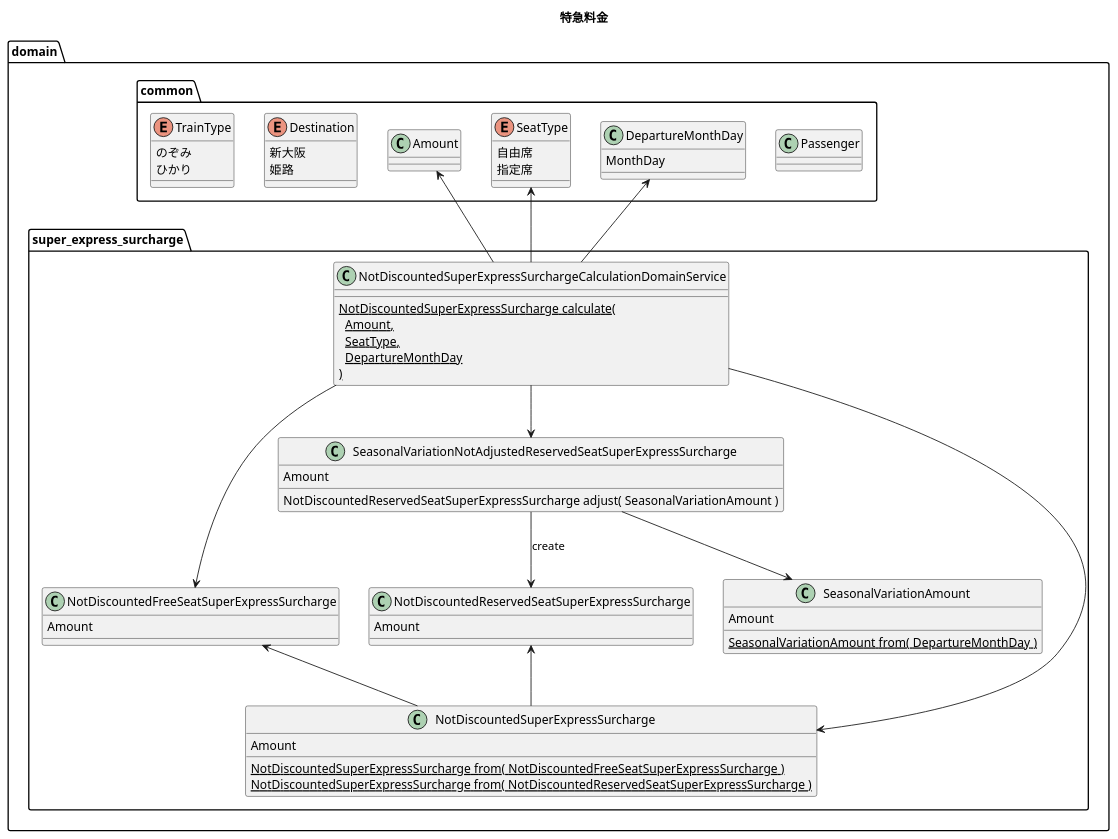
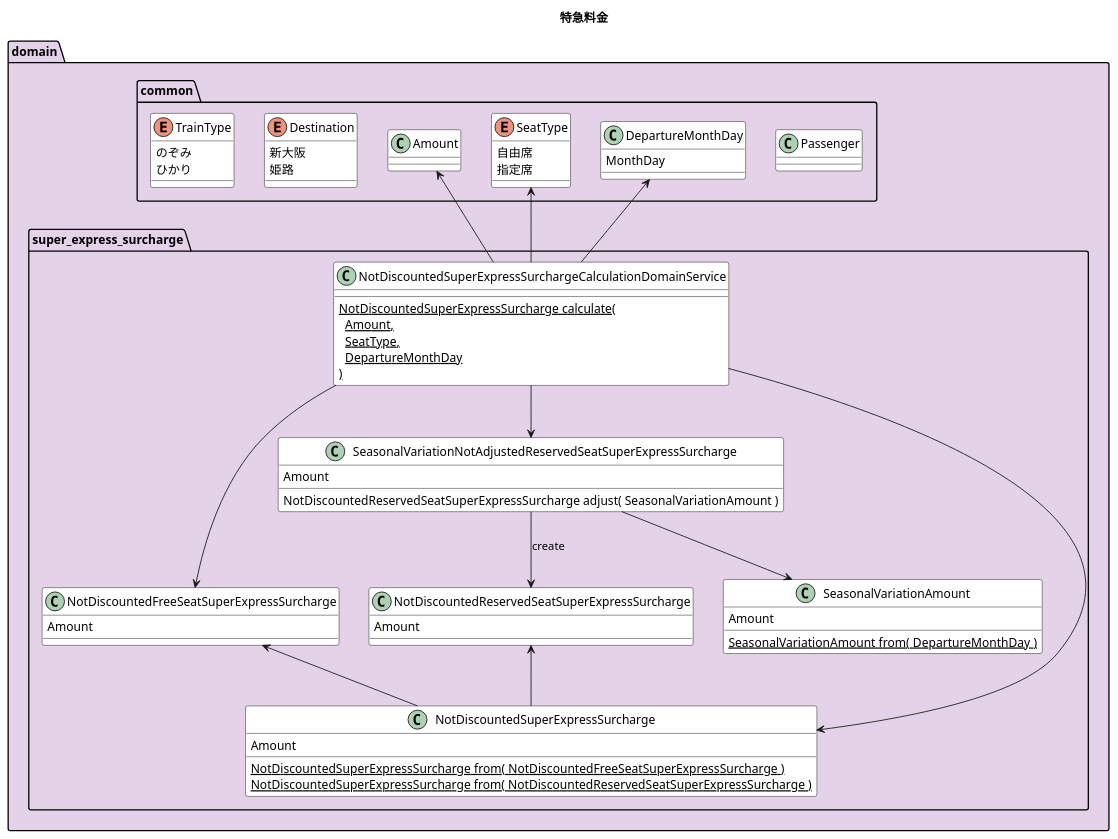
The diagram in docs/model/model.puml (n-ono/super-express-surcharge), drawn with PlantUML before and after one commit.

Commit message:
updated model

```diff
--- a/docs/model/model.puml
+++ b/docs/model/model.puml
@@ -1,74 +1,83 @@
 @startuml
 
 title 特急料金
+
+skinparam package {
+    BackgroundColor e4d3e8
+}
+
+skinparam class {
+    BorderColor black
+    BackgroundColor white
+}
 
 namespace domain {
     namespace super_express_surcharge {
         class NotDiscountedSuperExpressSurchargeCalculationDomainService {
             {static} NotDiscountedSuperExpressSurcharge calculate(\n  Amount,\n  SeatType,\n  DepartureMonthDay\n)
         }
         class NotDiscountedFreeSeatSuperExpressSurcharge {
             Amount
         }
         class SeasonalVariationNotAdjustedReservedSeatSuperExpressSurcharge {
             Amount
             NotDiscountedReservedSeatSuperExpressSurcharge adjust( SeasonalVariationAmount )
         }
         class NotDiscountedReservedSeatSuperExpressSurcharge {
             Amount
         }
         class SeasonalVariationAmount {
             Amount
             {static} SeasonalVariationAmount from( DepartureMonthDay )
         }
         class NotDiscountedSuperExpressSurcharge {
             Amount
             {static} NotDiscountedSuperExpressSurcharge from( NotDiscountedFreeSeatSuperExpressSurcharge )
             {static} NotDiscountedSuperExpressSurcharge from( NotDiscountedReservedSeatSuperExpressSurcharge )
         }
 
         SeasonalVariationNotAdjustedReservedSeatSuperExpressSurcharge -[hidden]d- NotDiscountedFreeSeatSuperExpressSurcharge
         NotDiscountedFreeSeatSuperExpressSurcharge -[hidden]r- NotDiscountedReservedSeatSuperExpressSurcharge
 
         SeasonalVariationNotAdjustedReservedSeatSuperExpressSurcharge -d-> SeasonalVariationAmount
 
         NotDiscountedSuperExpressSurchargeCalculationDomainService -d-> NotDiscountedFreeSeatSuperExpressSurcharge
         NotDiscountedSuperExpressSurchargeCalculationDomainService -d-> SeasonalVariationNotAdjustedReservedSeatSuperExpressSurcharge
         SeasonalVariationNotAdjustedReservedSeatSuperExpressSurcharge -d-> NotDiscountedReservedSeatSuperExpressSurcharge: create
         NotDiscountedSuperExpressSurchargeCalculationDomainService -d-> NotDiscountedSuperExpressSurcharge
         NotDiscountedSuperExpressSurcharge -u-> NotDiscountedFreeSeatSuperExpressSurcharge
         NotDiscountedSuperExpressSurcharge -u-> NotDiscountedReservedSeatSuperExpressSurcharge
     }
 
     namespace common {
         class Amount {}
         class DepartureMonthDay {
             MonthDay
         }
         enum Destination {
             新大阪
             姫路
         }
         class Passenger {}
         enum SeatType {
             自由席
             指定席
         }
         enum TrainType {
             のぞみ
             ひかり
         }
 
         TrainType -[hidden]r- Destination
         Destination -[hidden]r- Amount
         Amount -[hidden]r- SeatType
         SeatType -[hidden]r- DepartureMonthDay
         DepartureMonthDay -[hidden]r- Passenger
     }
 
     domain.super_express_surcharge.NotDiscountedSuperExpressSurchargeCalculationDomainService -u-> domain.common.Amount
     domain.super_express_surcharge.NotDiscountedSuperExpressSurchargeCalculationDomainService -u-> domain.common.SeatType
     domain.super_express_surcharge.NotDiscountedSuperExpressSurchargeCalculationDomainService -u-> domain.common.DepartureMonthDay
 }
 
 @enduml
```
